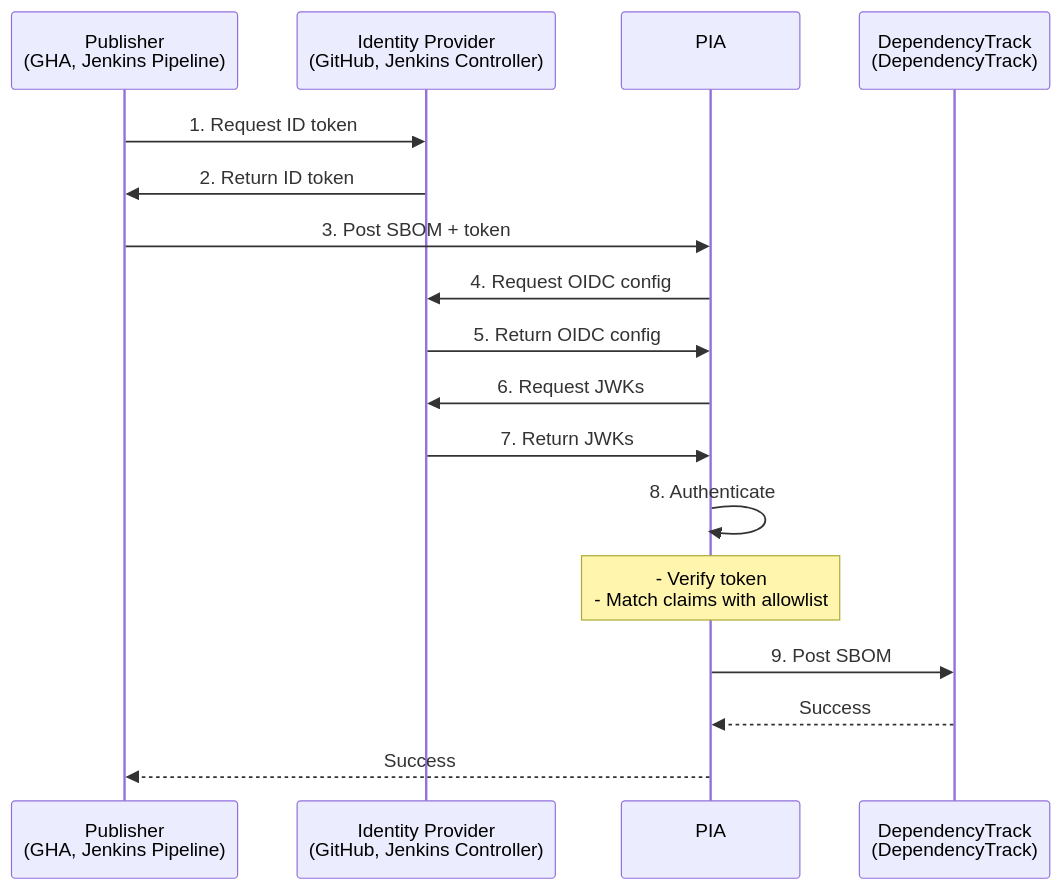
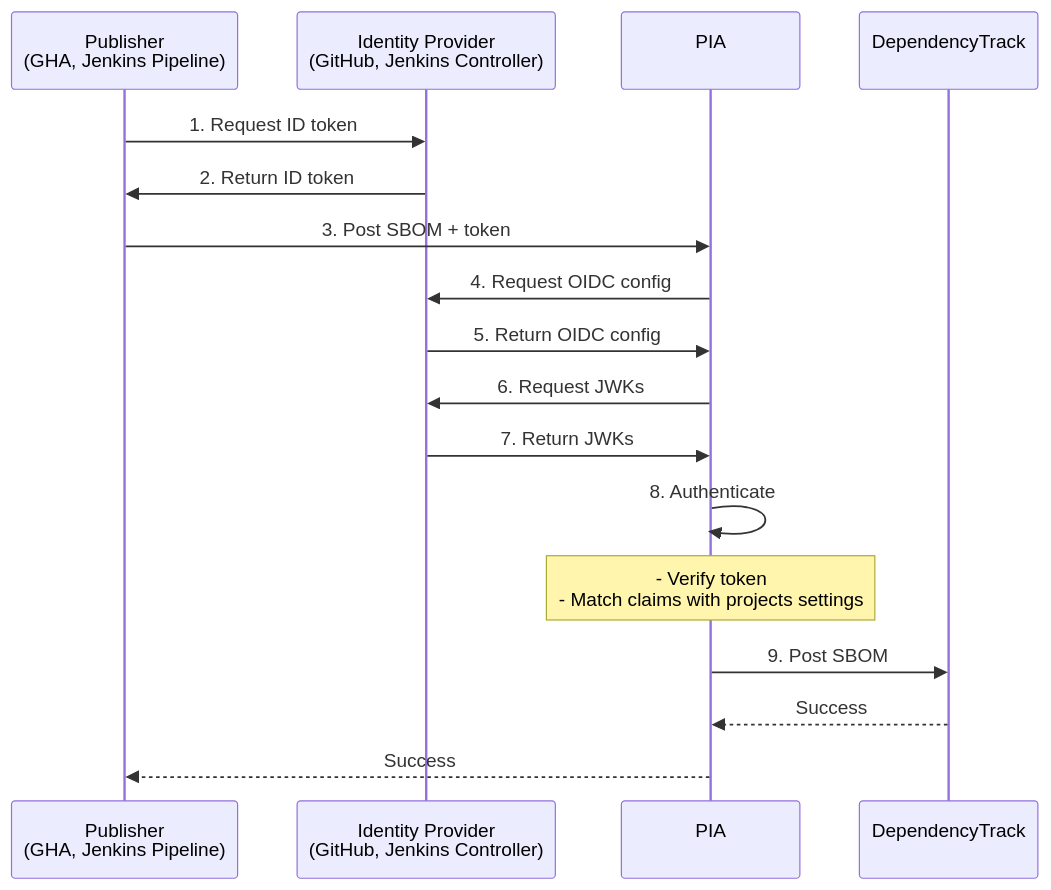
Before and after one commit to eclipse-csi/pia: the diagram in docs/DESIGN.md, drawn with Mermaid. The commit also changed other lines of this file, not shown here.

````diff
--- a/docs/DESIGN.md
+++ b/docs/DESIGN.md
@@ -41,20 +41,20 @@
 ```mermaid
 sequenceDiagram
     participant Publisher as Publisher<br/>(GHA, Jenkins Pipeline)
     participant IdP as Identity Provider<br/>(GitHub, Jenkins Controller)
     participant PIA as PIA<br/>
-    participant dp as DependencyTrack<br/>(DependencyTrack)
+    participant dp as DependencyTrack<br/>
 
     Publisher->>IdP: 1. Request ID token
     IdP->>Publisher: 2. Return ID token
     Publisher->>PIA: 3. Post SBOM + token
     PIA->>IdP: 4. Request OIDC config
     IdP->>PIA: 5. Return OIDC config
     PIA->>IdP: 6. Request JWKs
     IdP->>PIA: 7. Return JWKs
     PIA->>PIA: 8. Authenticate
-    Note over PIA: - Verify token<br/>- Match claims with allowlist
+    Note over PIA: - Verify token<br/>- Match claims with projects settings
     PIA->>dp: 9. Post SBOM
     dp-->>PIA: Success
     PIA-->>Publisher: Success
 ```
````
